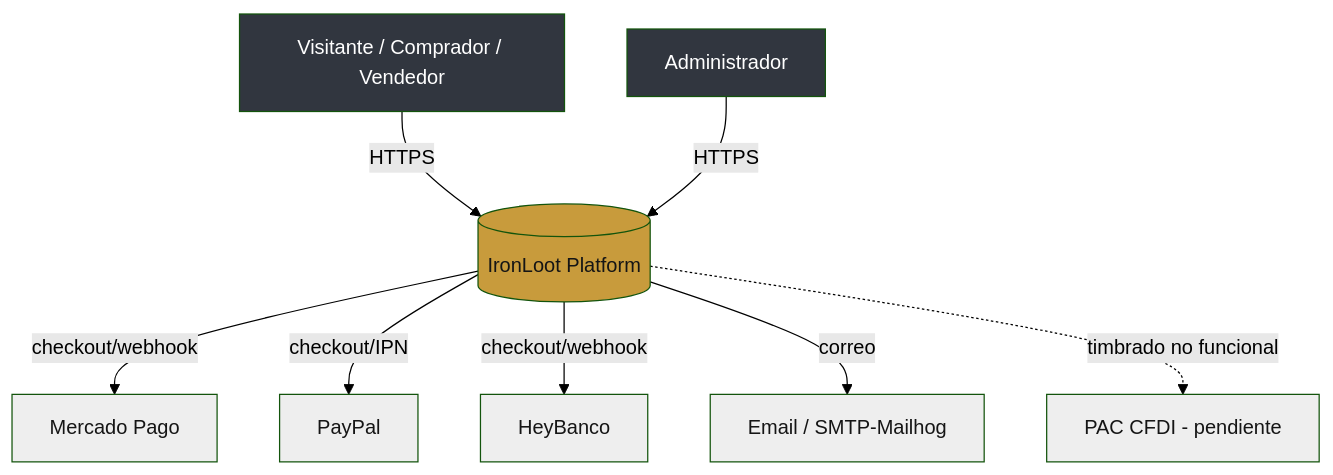
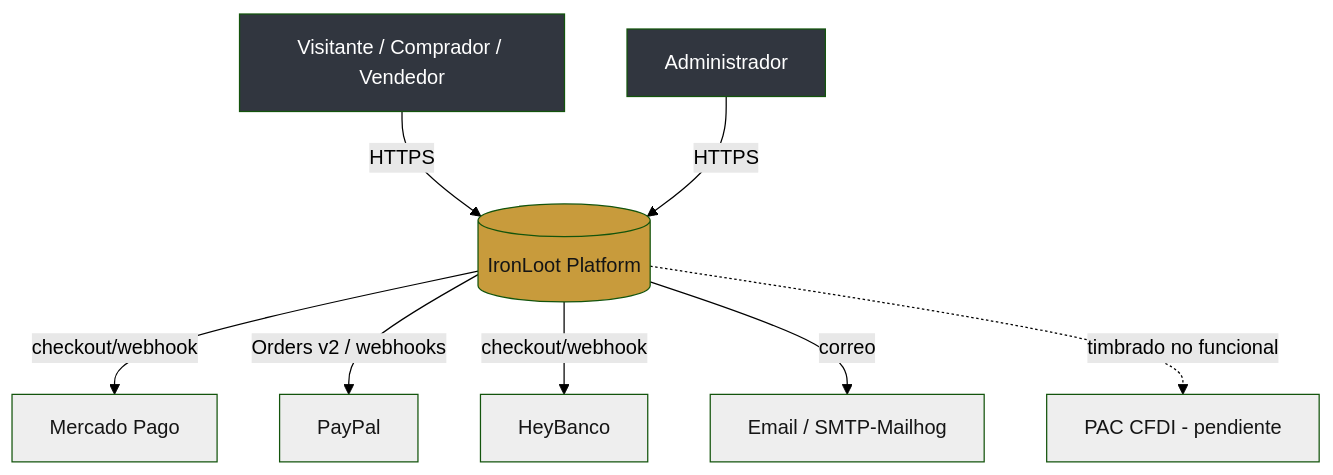
One commit to a81Biz/IronLoot changed the first of 2 diagrams in docs-v2/3-arquitectura/Software-Architecture-Document.md. Above: the diagram before and after it, drawn with Mermaid (forest theme). The commit also changed 9 other files, not shown here.

````diff
--- a/docs-v2/3-arquitectura/Software-Architecture-Document.md
+++ b/docs-v2/3-arquitectura/Software-Architecture-Document.md
@@ -18,21 +18,21 @@
 ```mermaid
 graph TB
   Visitante[Visitante / Comprador / Vendedor]:::actor
   Admin[Administrador]:::actor
   IL[(IronLoot Platform)]:::sys
   MP[Mercado Pago]:::ext
   PP[PayPal]:::ext
   HB[HeyBanco]:::ext
   SMTP[Email / SMTP-Mailhog]:::ext
   PAC[PAC CFDI - pendiente]:::ext
   Visitante -->|HTTPS| IL
   Admin -->|HTTPS| IL
   IL -->|checkout/webhook| MP
-  IL -->|checkout/IPN| PP
+  IL -->|Orders v2 / webhooks| PP
   IL -->|checkout/webhook| HB
   IL -->|correo| SMTP
   IL -.->|timbrado no funcional| PAC
   classDef actor fill:#31363F,color:#fff
   classDef sys fill:#C89B3C,color:#151515
   classDef ext fill:#eee,color:#151515
 ```
````
